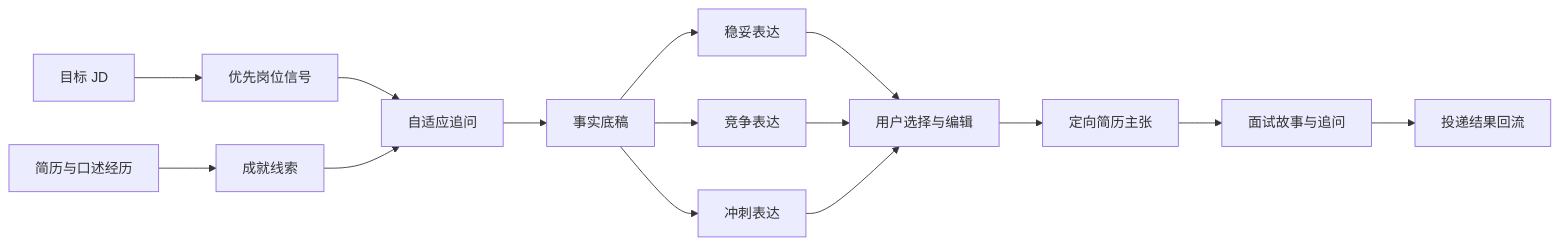
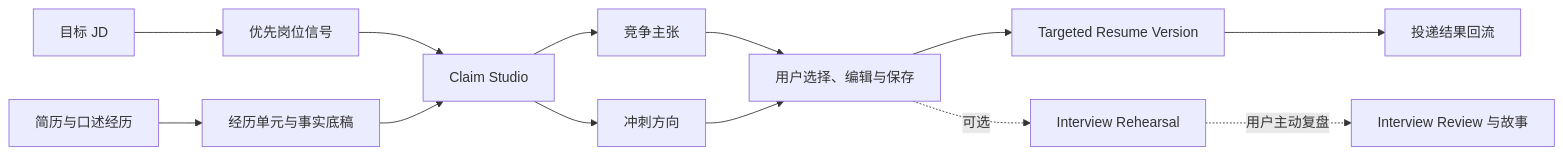
The diagram in docs/PRODUCT_DEFINITION.md (LittleNuB/ai-job-seeker), drawn with Mermaid before and after one commit. The commit also changed other lines of this file and 10 other files, not shown here.

````diff
--- a/docs/PRODUCT_DEFINITION.md
+++ b/docs/PRODUCT_DEFINITION.md
@@ -73,17 +75,15 @@
 ```mermaid
 flowchart LR
     A["目标 JD"] --> B["优先岗位信号"]
-    C["简历与口述经历"] --> D["成就线索"]
-    B --> E["自适应追问"]
+    C["简历与口述经历"] --> D["经历单元与事实底稿"]
+    B --> E["Claim Studio"]
     D --> E
-    E --> F["事实底稿"]
-    F --> G1["稳妥表达"]
-    F --> G2["竞争表达"]
-    F --> G3["冲刺表达"]
-    G1 --> H["用户选择与编辑"]
-    G2 --> H
-    G3 --> H
-    H --> I["定向简历主张"]
-    I --> J["面试故事与追问"]
-    J --> K["投递结果回流"]
+    E --> F["竞争主张"]
+    E --> G["冲刺方向"]
+    F --> H["用户选择、编辑与保存"]
+    G --> H
+    H --> I["Targeted Resume Version"]
+    H -. "可选" .-> J["Interview Rehearsal"]
+    J -. "用户主动复盘" .-> K["Interview Review 与故事"]
+    I --> L["投递结果回流"]
 ```
````
